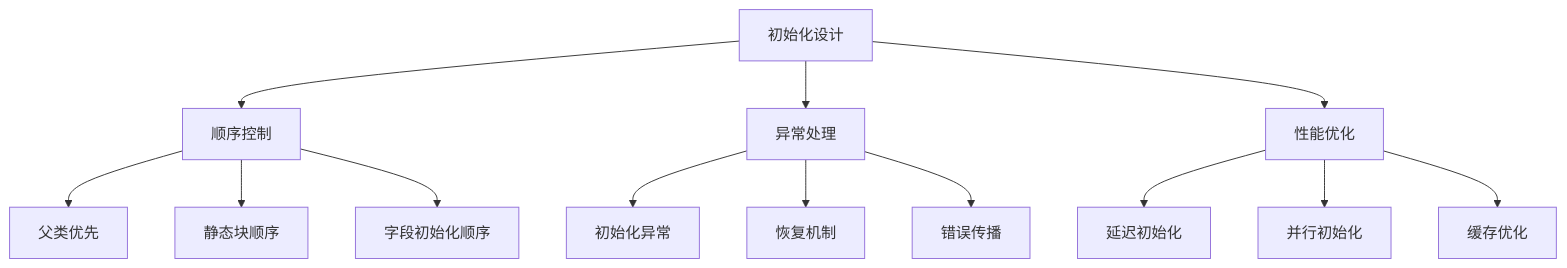
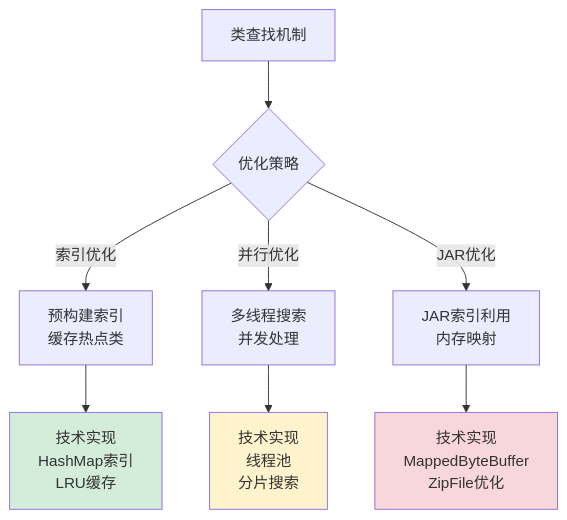
Diagram 17 of 30 in 00.通用技术的提升/02.程序编程原理/07.类的加载核心原理.md (chongyang211/YCBookBlog), drawn with Mermaid before and after one commit. The commit also changed other lines of this file and 5 other files, not shown here.

````diff
--- a/00.通用技术的提升/02.程序编程原理/07.类的加载核心原理.md
+++ b/00.通用技术的提升/02.程序编程原理/07.类的加载核心原理.md
@@ -607,18 +2067,15 @@
 ```mermaid
-graph TD
-    A[初始化设计] --> B[顺序控制]
-    A --> C[异常处理]
-    A --> D[性能优化]
+graph TB
+    A[类查找机制] --> B{优化策略}
+    B -->|索引优化| C[预构建索引<br/>缓存热点类]
+    B -->|并行优化| D[多线程搜索<br/>并发处理]
+    B -->|JAR优化| E[JAR索引利用<br/>内存映射]
     
-    B --> B1[父类优先]
-    B --> B2[静态块顺序]
-    B --> B3[字段初始化顺序]
+    C --> C1[技术实现<br/>HashMap索引<br/>LRU缓存]
+    D --> D1[技术实现<br/>线程池<br/>分片搜索]
+    E --> E1[技术实现<br/>MappedByteBuffer<br/>ZipFile优化]
     
-    C --> C1[初始化异常]
-    C --> C2[恢复机制]
-    C --> C3[错误传播]
-    
-    D --> D1[延迟初始化]
-    D --> D2[并行初始化]
-    D --> D3[缓存优化]
+    style C1 fill:#d4edda
+    style D1 fill:#fff3cd
+    style E1 fill:#f8d7da
 ```
````
